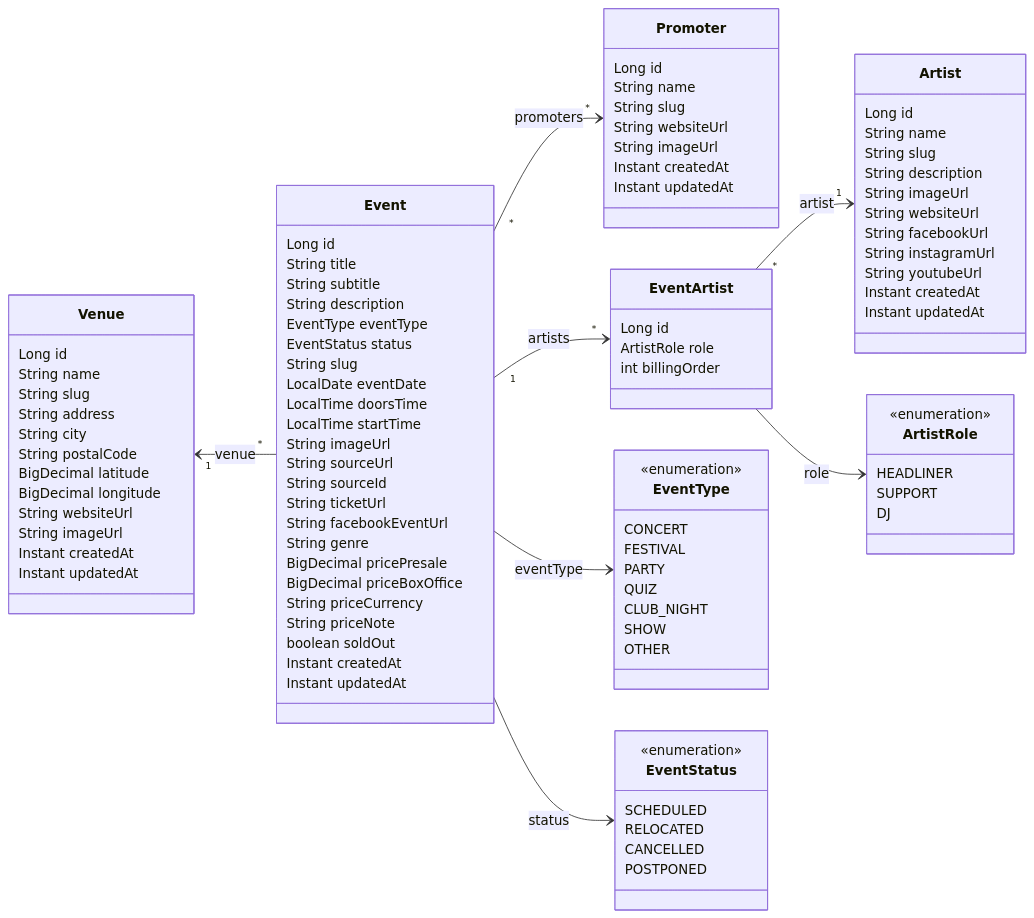
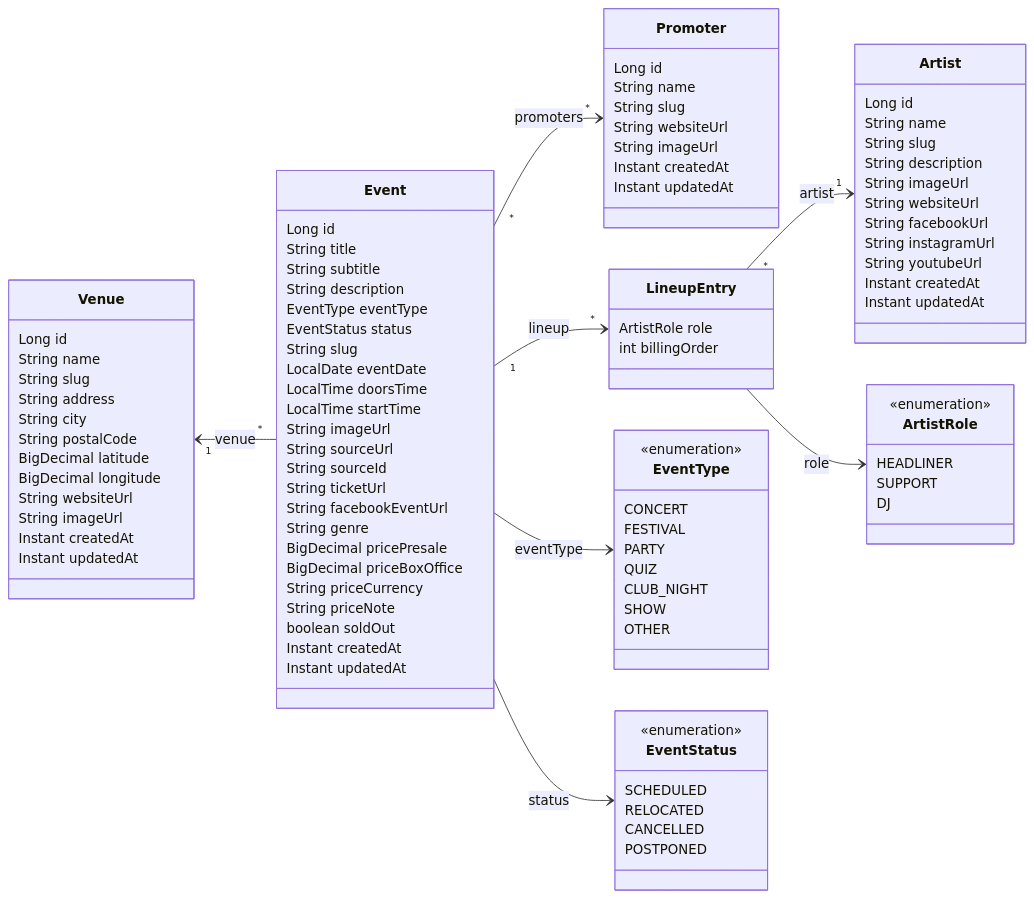
Before and after one commit to enorm-labs/event-checker: the diagram in docs/DATA_MODEL.md, drawn with Mermaid. The commit also changed other lines of this file and 89 other files, not shown here.

````diff
--- a/docs/DATA_MODEL.md
+++ b/docs/DATA_MODEL.md
@@ -78,8 +78,7 @@
         Instant updatedAt
     }
 
-    class EventArtist {
-        Long id
+    class LineupEntry {
         ArtistRole role
         int billingOrder
     }
@@ -111,10 +110,10 @@
     }
 
     Venue "1" <-- "*" Event: venue
-    Event "1" --> "*" EventArtist: artists
-    EventArtist "*" --> "1" Artist: artist
+    Event "1" --> "*" LineupEntry: lineup
+    LineupEntry "*" --> "1" Artist: artist
     Event "*" --> "*" Promoter: promoters
     Event --> EventType: eventType
     Event --> EventStatus: status
-    EventArtist --> ArtistRole: role
+    LineupEntry --> ArtistRole: role
 ```
````
